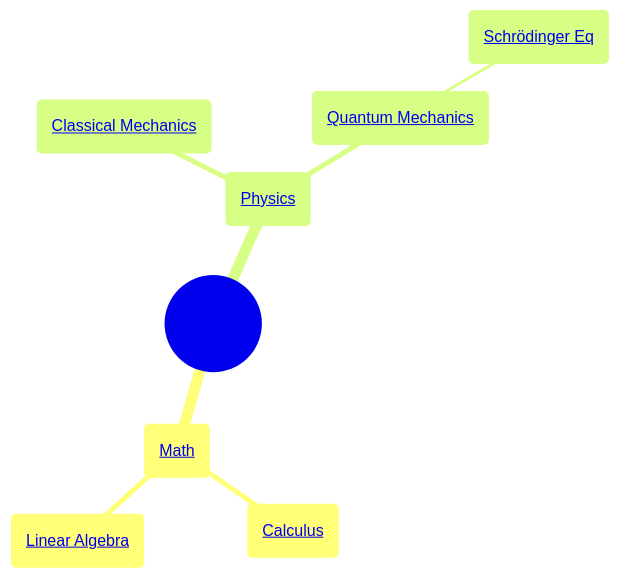
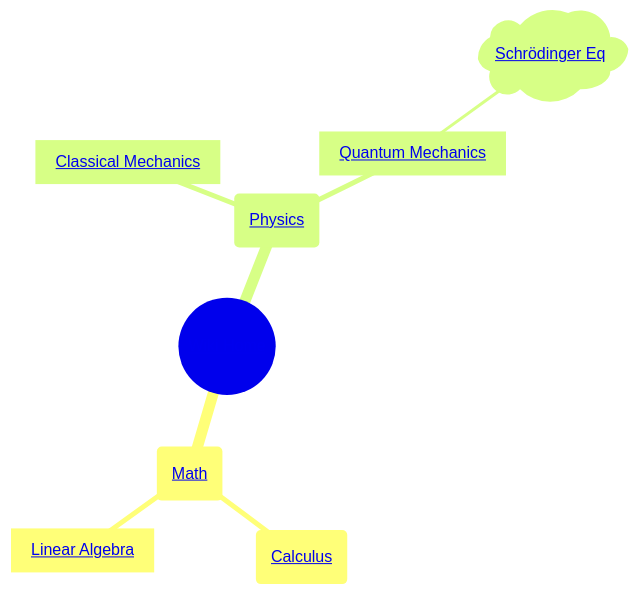
The diagram in doc/Physics/example3.qmd (MKReyesH/ScientificWiki), drawn with Mermaid before and after one commit. The commit also changed other lines of this file, not shown here.

Commit message:
Testing mermaid compatibility

````diff
--- a/doc/Physics/example3.qmd
+++ b/doc/Physics/example3.qmd
@@ -49,11 +36,11 @@
 ```{mermaid}
 mindmap
   root(("<a href='index.html'>Wiki Home</a>"))
     math_node("<a href='doc/Math/index.html'>Math</a>")
       calc("<a href='doc/Math/Calculus.html'>Calculus</a>")
-      linalg("<a href='doc/Math/Linear_Algebra.html'>Linear Algebra</a>")
+      linalg["<a href='doc/Math/Linear_Algebra.html'>Linear Algebra</a>"]
     phys_node("<a href='doc/Physics/index.html'>Physics</a>")
-      cm("<a href='doc/Physics/Classical_Mechanics.html'>Classical Mechanics</a>")
-      qm("<a href='doc/Physics/Quantum_Mechanics.html'>Quantum Mechanics</a>")
-        seq("<a href='doc/Physics/Schrodinger.html'>Schrödinger Eq</a>")
+      cm["<a href='doc/Physics/Classical_Mechanics.html'>Classical Mechanics</a>"]
+      qm["<a href='doc/Physics/Quantum_Mechanics.html'>Quantum Mechanics</a>"]
+        seq)"<a href='doc/Physics/Schrodinger.html'>Schrödinger Eq</a>"(
 ```
````
